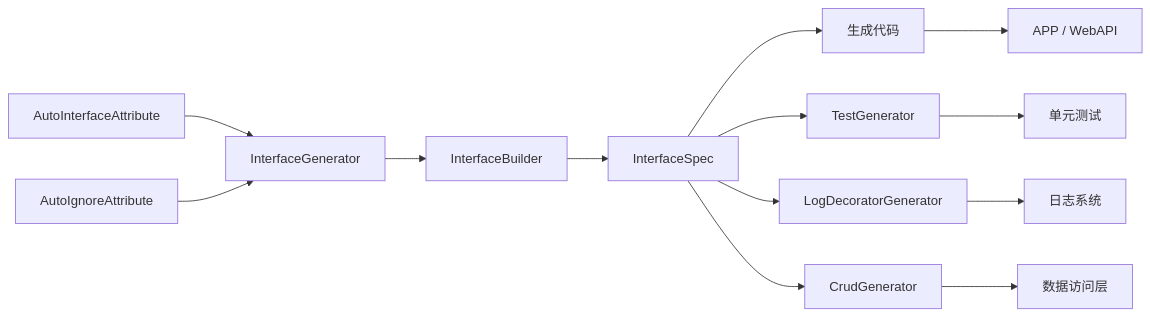
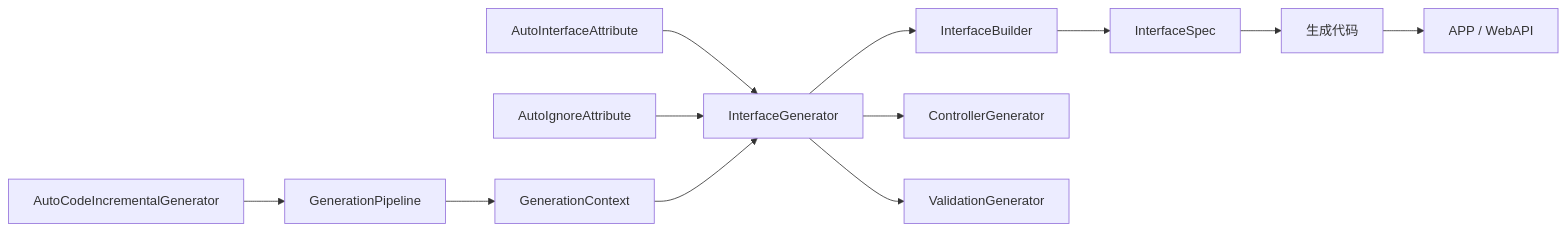
Before and after one commit to alivy/AutoCode: the seventh of 7 diagrams in .qoder/repowiki/zh/content/源代码生成器/源代码生成器.md, drawn with Mermaid. The commit also changed other lines of this file and 150 other files, not shown here.

````diff
--- a/.qoder/repowiki/zh/content/源代码生成器/源代码生成器.md
+++ b/.qoder/repowiki/zh/content/源代码生成器/源代码生成器.md
@@ -460,15 +523,14 @@
 ```mermaid
 graph LR
 Attr["AutoInterfaceAttribute"] --> Gen["InterfaceGenerator"]
 Ignore["AutoIgnoreAttribute"] --> Gen
 Gen --> Bld["InterfaceBuilder"]
 Bld --> Spc["InterfaceSpec"]
+IncGen["AutoCodeIncrementalGenerator"] --> Pipe["GenerationPipeline"]
+Pipe --> Ctx["GenerationContext"]
+Ctx --> Gen
+Gen --> Ctrl["ControllerGenerator"]
+Gen --> Val["ValidationGenerator"]
 Spc --> Out["生成代码"]
 Out --> App["APP / WebAPI"]
-Spc --> TestGen["TestGenerator"]
-Spc --> LogGen["LogDecoratorGenerator"]
-Spc --> CrudGen["CrudGenerator"]
-TestGen --> UT["单元测试"]
-LogGen --> LOG["日志系统"]
-CrudGen --> DAL["数据访问层"]
 ```
````
